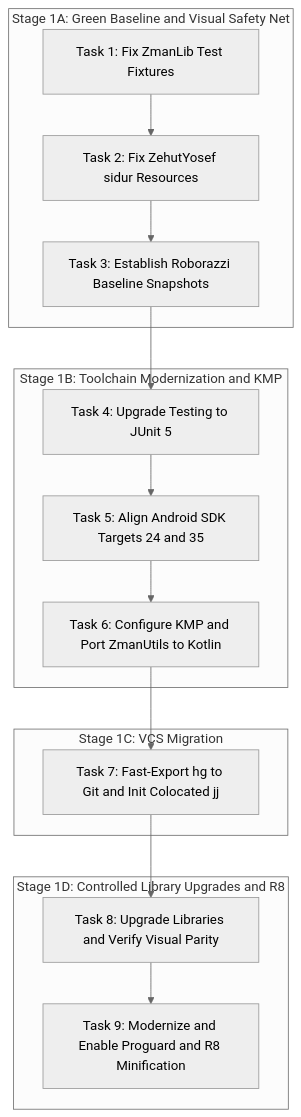
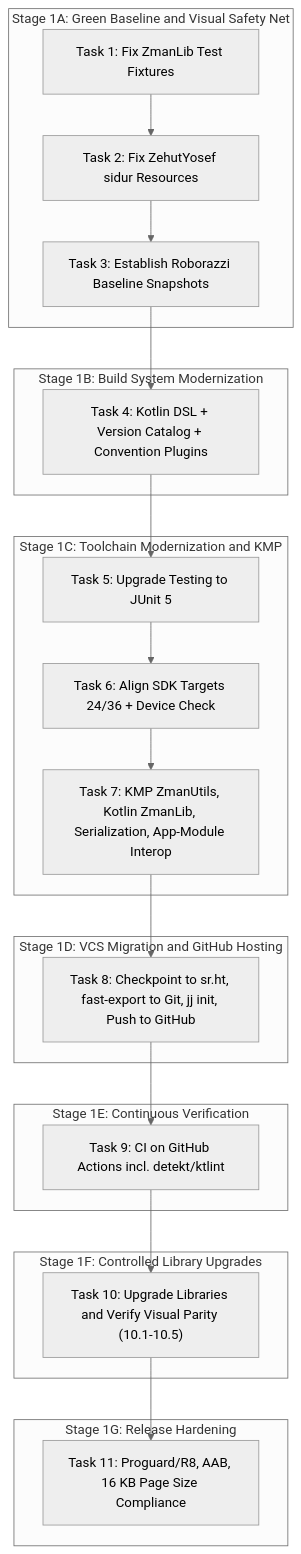
The diagram in docs/superpowers/plans/2026-09-07-foundation-modernization-and-jj-migration.md (jgindin/zmanim), drawn with Mermaid (neutral theme) before and after one commit. The commit also changed other lines of this file and 2 other files, not shown here.

````diff
--- a/docs/superpowers/plans/2026-09-07-foundation-modernization-and-jj-migration.md
+++ b/docs/superpowers/plans/2026-09-07-foundation-modernization-and-jj-migration.md
@@ -11,22 +15,33 @@
 ```mermaid
 flowchart TD
     subgraph Stage_1A ["Stage 1A: Green Baseline and Visual Safety Net"]
         T1["Task 1: Fix ZmanLib Test Fixtures"] --> T2["Task 2: Fix ZehutYosef sidur Resources"]
         T2 --> T3["Task 3: Establish Roborazzi Baseline Snapshots"]
     end
 
-    subgraph Stage_1B ["Stage 1B: Toolchain Modernization and KMP"]
-        T3 --> T4["Task 4: Upgrade Testing to JUnit 5"]
-        T4 --> T5["Task 5: Align Android SDK Targets 24 and 35"]
-        T5 --> T6["Task 6: Configure KMP and Port ZmanUtils to Kotlin"]
+    subgraph Stage_1B ["Stage 1B: Build System Modernization"]
+        T3 --> T4["Task 4: Kotlin DSL + Version Catalog + Convention Plugins"]
     end
 
-    subgraph Stage_1C ["Stage 1C: VCS Migration"]
-        T6 --> T7["Task 7: Fast-Export hg to Git and Init Colocated jj"]
+    subgraph Stage_1C ["Stage 1C: Toolchain Modernization and KMP"]
+        T4 --> T5["Task 5: Upgrade Testing to JUnit 5"]
+        T5 --> T6["Task 6: Align SDK Targets 24/36 + Device Check"]
+        T6 --> T7["Task 7: KMP ZmanUtils, Kotlin ZmanLib, Serialization, App-Module Interop"]
     end
 
-    subgraph Stage_1D ["Stage 1D: Controlled Library Upgrades and R8"]
-        T7 --> T8["Task 8: Upgrade Libraries and Verify Visual Parity"]
-        T8 --> T9["Task 9: Modernize and Enable Proguard and R8 Minification"]
+    subgraph Stage_1D ["Stage 1D: VCS Migration and GitHub Hosting"]
+        T7 --> T8["Task 8: Checkpoint to sr.ht, fast-export to Git, jj init, Push to GitHub"]
+    end
+
+    subgraph Stage_1E ["Stage 1E: Continuous Verification"]
+        T8 --> T9["Task 9: CI on GitHub Actions incl. detekt/ktlint"]
+    end
+
+    subgraph Stage_1F ["Stage 1F: Controlled Library Upgrades"]
+        T9 --> T10["Task 10: Upgrade Libraries and Verify Visual Parity (10.1-10.5)"]
+    end
+
+    subgraph Stage_1G ["Stage 1G: Release Hardening"]
+        T10 --> T11["Task 11: Proguard/R8, AAB, 16 KB Page Size Compliance"]
     end
 ```
````
